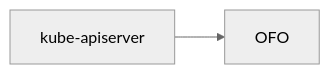
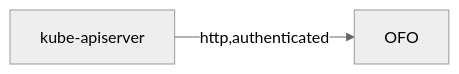
One commit to open-feature/open-feature-operator changed the third of 9 diagrams in docs/threat_model.md. Above: the diagram before and after it, drawn with Mermaid (neutral theme). The commit also changed other lines of this file, not shown here.

````diff
--- a/docs/threat_model.md
+++ b/docs/threat_model.md
@@ -74,4 +81,4 @@
 ```mermaid
 flowchart LR
-    kube-apiserver --> OFO
+    kube-apiserver -->|http,authenticated| OFO
 ```
````
